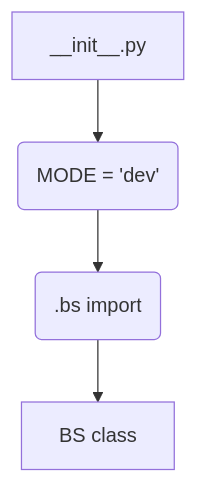
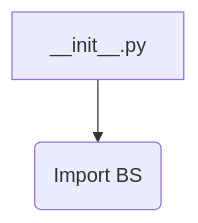
Before and after one commit to hypo69/hypo: the first of 2 diagrams in docs/gemini/ru/explainer/src/webdriver/bs/__init__.md, drawn with Mermaid. The commit also changed other lines of this file and 311 other files, not shown here.

````diff
--- a/docs/gemini/ru/explainer/src/webdriver/bs/__init__.md
+++ b/docs/gemini/ru/explainer/src/webdriver/bs/__init__.md
@@ -22,6 +24,4 @@
 ```mermaid
 graph TD
-    A[__init__.py] --> B(MODE = 'dev');
-    B --> C(.bs import);
-    C --> D[BS class];
+    A[__init__.py] --> B(Import BS);
 ```
````
